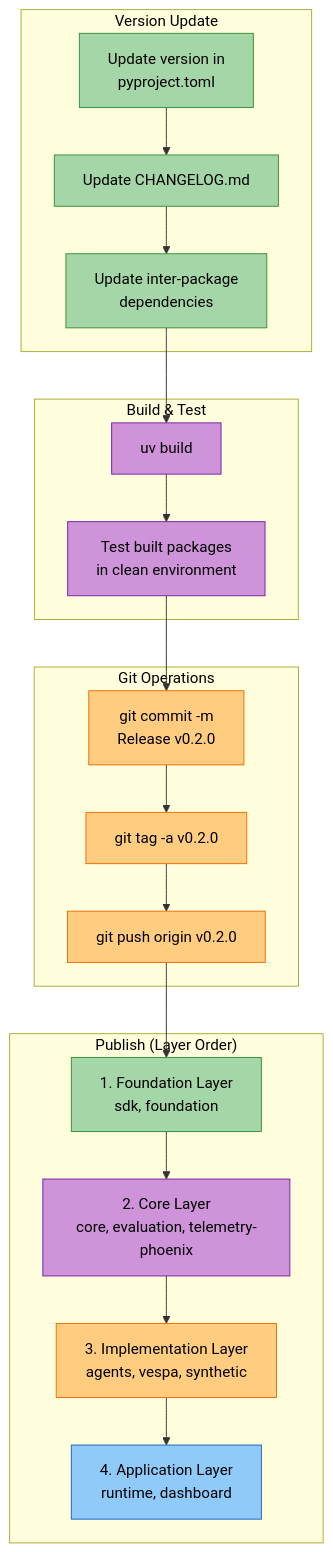
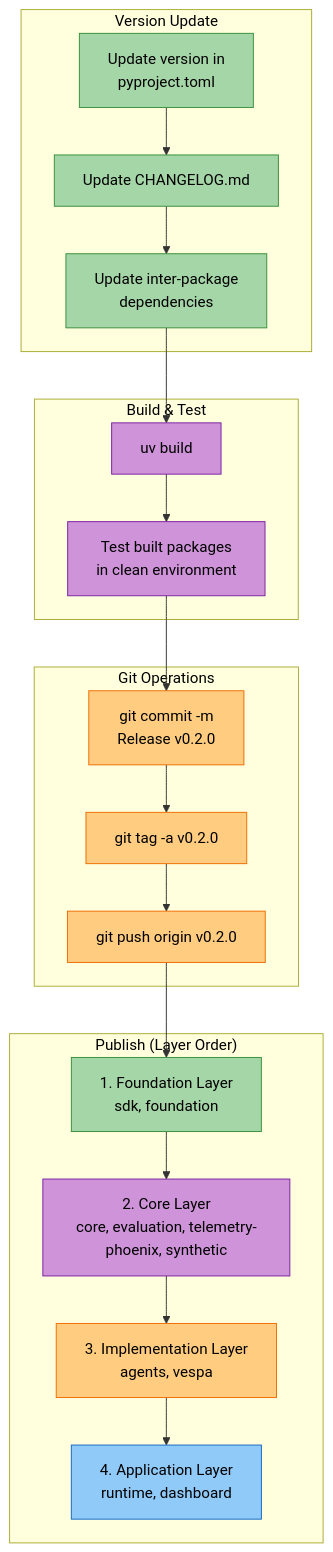
Before and after one commit to amit-jain/cogniverse: diagram 19 of 20 in docs/diagrams/sdk-architecture-diagrams.md, drawn with Mermaid. The commit also changed other lines of this file and 19 other files, not shown here.

````diff
--- a/docs/diagrams/sdk-architecture-diagrams.md
+++ b/docs/diagrams/sdk-architecture-diagrams.md
@@ -1067,52 +1096,52 @@
 ```mermaid
 flowchart TB
     subgraph VersionUpdate["<span style='color:#000'>Version Update</span>"]
         UpdateVersion["<span style='color:#000'>Update version in<br/>pyproject.toml</span>"]
         UpdateChangelog["<span style='color:#000'>Update CHANGELOG.md</span>"]
         UpdateDeps["<span style='color:#000'>Update inter-package<br/>dependencies</span>"]
     end
 
     subgraph BuildTest["<span style='color:#000'>Build & Test</span>"]
         BuildPkg["<span style='color:#000'>uv build</span>"]
         TestBuild["<span style='color:#000'>Test built packages<br/>in clean environment</span>"]
     end
 
     subgraph GitOps["<span style='color:#000'>Git Operations</span>"]
         CommitChanges["<span style='color:#000'>git commit -m<br/>Release v0.2.0</span>"]
         CreateTag["<span style='color:#000'>git tag -a v0.2.0</span>"]
         PushTag["<span style='color:#000'>git push origin v0.2.0</span>"]
     end
 
     subgraph Publish["<span style='color:#000'>Publish (Layer Order)</span>"]
         PublishFoundation["<span style='color:#000'>1. Foundation Layer<br/>sdk, foundation</span>"]
-        PublishCore["<span style='color:#000'>2. Core Layer<br/>core, evaluation, telemetry-phoenix</span>"]
-        PublishImpl["<span style='color:#000'>3. Implementation Layer<br/>agents, vespa, synthetic</span>"]
+        PublishCore["<span style='color:#000'>2. Core Layer<br/>core, evaluation, telemetry-phoenix, synthetic</span>"]
+        PublishImpl["<span style='color:#000'>3. Implementation Layer<br/>agents, vespa</span>"]
         PublishApp["<span style='color:#000'>4. Application Layer<br/>runtime, dashboard</span>"]
     end
 
     UpdateVersion --> UpdateChangelog
     UpdateChangelog --> UpdateDeps
     UpdateDeps --> BuildPkg
     BuildPkg --> TestBuild
     TestBuild --> CommitChanges
     CommitChanges --> CreateTag
     CreateTag --> PushTag
 
     PushTag --> PublishFoundation
     PublishFoundation --> PublishCore
     PublishCore --> PublishImpl
     PublishImpl --> PublishApp
 
     style UpdateVersion fill:#a5d6a7,stroke:#388e3c,color:#000
     style UpdateChangelog fill:#a5d6a7,stroke:#388e3c,color:#000
     style UpdateDeps fill:#a5d6a7,stroke:#388e3c,color:#000
     style BuildPkg fill:#ce93d8,stroke:#7b1fa2,color:#000
     style TestBuild fill:#ce93d8,stroke:#7b1fa2,color:#000
     style CommitChanges fill:#ffcc80,stroke:#ef6c00,color:#000
     style CreateTag fill:#ffcc80,stroke:#ef6c00,color:#000
     style PushTag fill:#ffcc80,stroke:#ef6c00,color:#000
     style PublishFoundation fill:#a5d6a7,stroke:#388e3c,color:#000
     style PublishCore fill:#ce93d8,stroke:#7b1fa2,color:#000
     style PublishImpl fill:#ffcc80,stroke:#ef6c00,color:#000
     style PublishApp fill:#90caf9,stroke:#1565c0,color:#000
 ```
````
